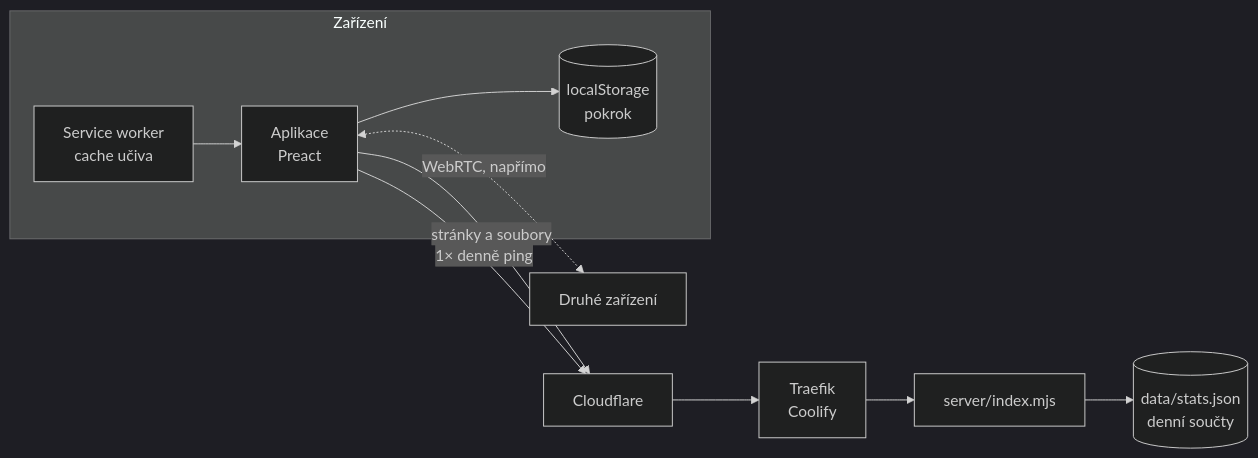
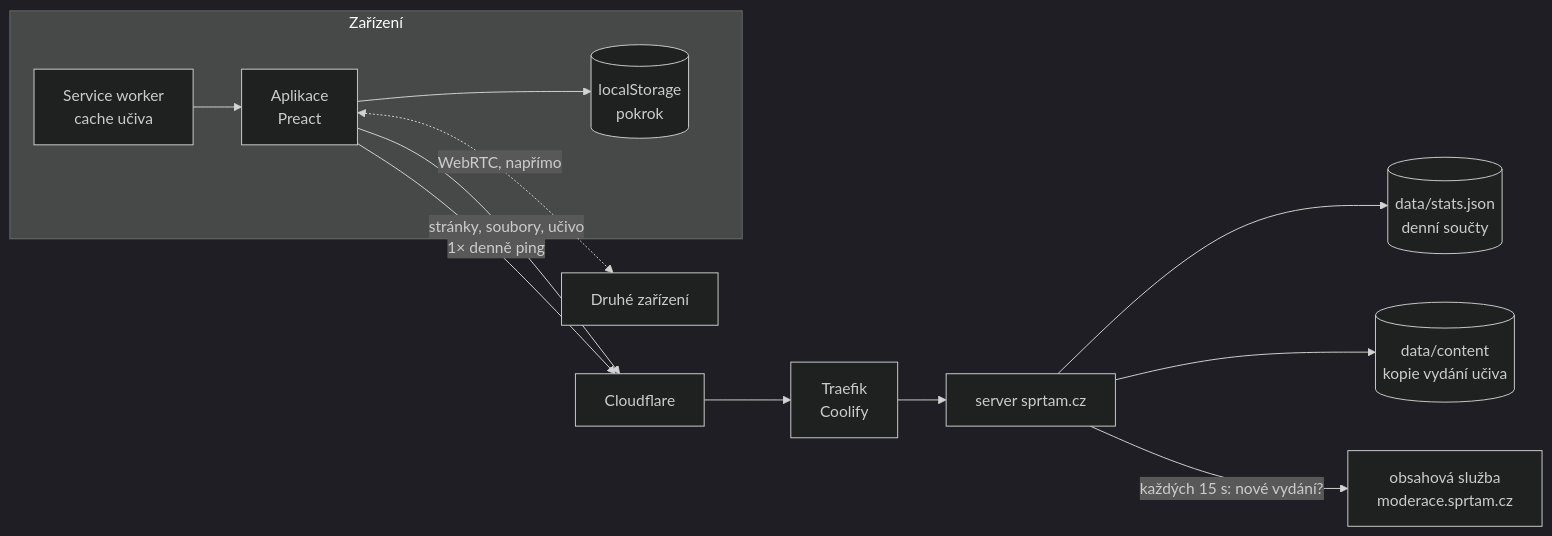
The diagram in docs/ARCHITEKTURA.md (mrpajzl/sprtam), drawn with Mermaid (dark theme) before and after one commit. The commit also changed other lines of this file and 1003 other files, not shown here.

````diff
--- a/docs/ARCHITEKTURA.md
+++ b/docs/ARCHITEKTURA.md
@@ -12,11 +15,13 @@
 ```mermaid
 flowchart LR
     subgraph Zařízení
       UI[Aplikace<br/>Preact] --> LS[(localStorage<br/>pokrok)]
       SW[Service worker<br/>cache učiva] --> UI
     end
-    UI -- stránky a soubory --> CF[Cloudflare] --> P[Traefik<br/>Coolify] --> S[server/index.mjs]
+    UI -- stránky, soubory, učivo --> CF[Cloudflare] --> P[Traefik<br/>Coolify] --> S[server sprtam.cz]
     UI -- 1× denně ping --> CF
     S --> ST[(data/stats.json<br/>denní součty)]
+    S --> CC[(data/content<br/>kopie vydání učiva)]
+    S -- každých 15 s: nové vydání? --> M[obsahová služba<br/>moderace.sprtam.cz]
     UI <-. WebRTC, napřímo .-> UI2[Druhé zařízení]
 ```
````
